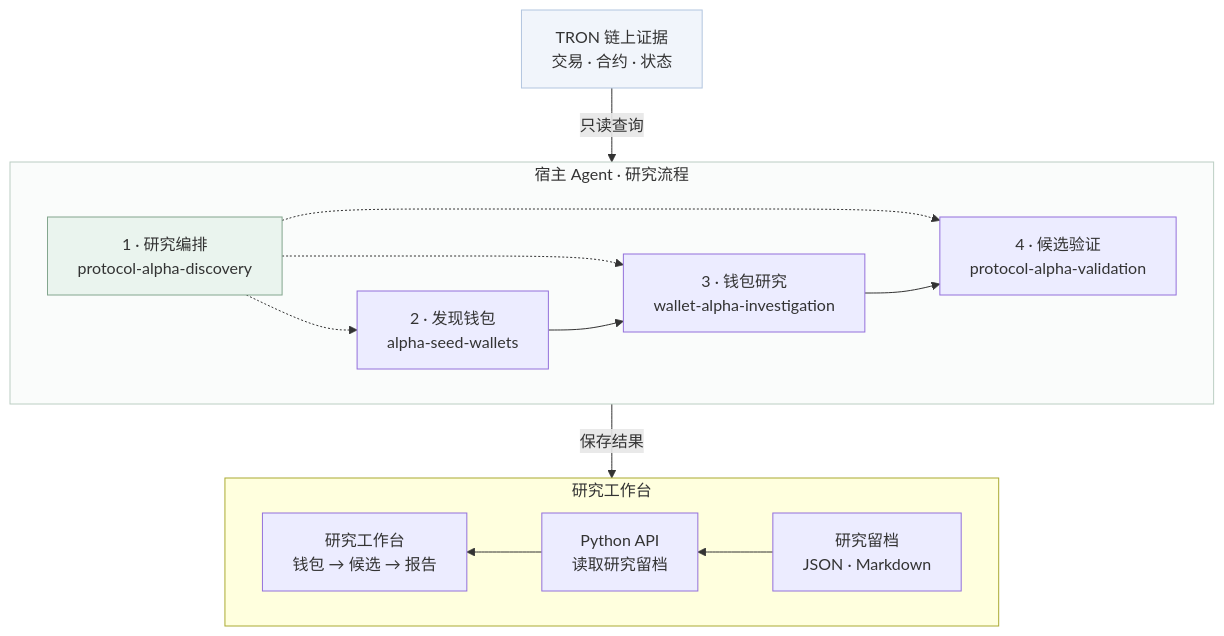
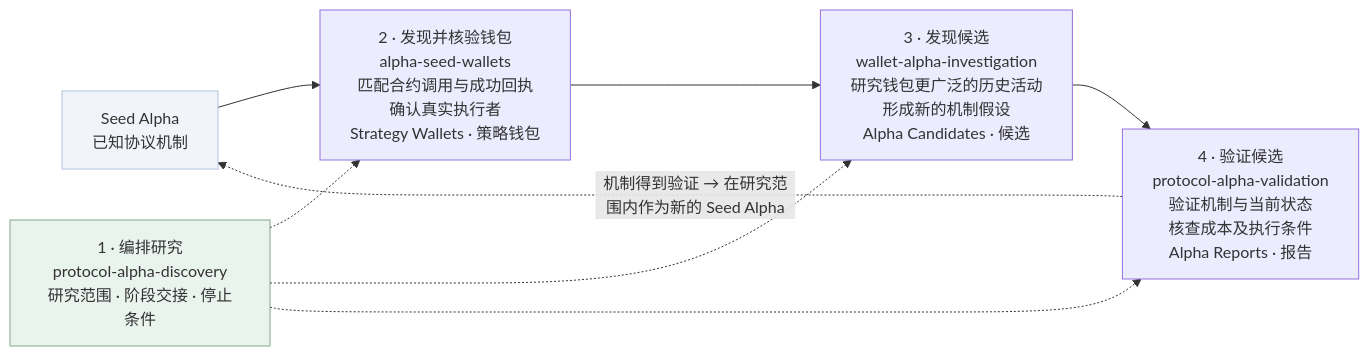
One commit to qinyh10300/protocol-alpha-finder changed the diagram in docs/diagrams/system-architecture-zh-CN.mmd. Above: the diagram before and after it, drawn with Mermaid. The commit also changed 8 other files, not shown here.

Commit message:
docs: focus architecture on Seed Alpha research method

```diff
--- a/docs/diagrams/system-architecture-zh-CN.mmd
+++ b/docs/diagrams/system-architecture-zh-CN.mmd
@@ -1,21 +1,14 @@
-%% Simplified architecture. The README illustration uses render_architecture.py for a fixed layout.
-flowchart TB
-    subgraph APPLICATION["研究工作台"]
-        direction RL
-        STORE["研究留档<br/>JSON · Markdown"] --> API["Python API<br/>读取研究留档"] --> UI["研究工作台<br/>钱包 → 候选 → 报告"]
-    end
-    subgraph AGENT["宿主 Agent · 研究流程"]
-        ORCH["1 · 研究编排<br/>protocol-alpha-discovery"]
-        FIND["2 · 发现钱包<br/>alpha-seed-wallets"]
-        INVESTIGATE["3 · 钱包研究<br/>wallet-alpha-investigation"]
-        VALIDATE["4 · 候选验证<br/>protocol-alpha-validation"]
-        ORCH -.-> FIND
-        ORCH -.-> INVESTIGATE
-        ORCH -.-> VALIDATE
-        FIND --> INVESTIGATE --> VALIDATE
-    end
-    AGENT -->|保存结果| STORE
-    EVIDENCE["TRON 链上证据<br/>交易 · 合约 · 状态"] -->|只读查询| AGENT
-    style AGENT fill:#fafcfb,stroke:#bbcec3
+%% Four-Skill method. render_architecture.py generates the fixed-layout README illustration.
+flowchart LR
+    SEED["Seed Alpha<br/>已知协议机制"]
+    ORCH["1 · 编排研究<br/>protocol-alpha-discovery<br/>研究范围 · 阶段交接 · 停止条件"]
+    FIND["2 · 发现并核验钱包<br/>alpha-seed-wallets<br/>匹配合约调用与成功回执<br/>确认真实执行者<br/>Strategy Wallets · 策略钱包"]
+    INVESTIGATE["3 · 发现候选<br/>wallet-alpha-investigation<br/>研究钱包更广泛的历史活动<br/>形成新的机制假设<br/>Alpha Candidates · 候选"]
+    VALIDATE["4 · 验证候选<br/>protocol-alpha-validation<br/>验证机制与当前状态<br/>核查成本及执行条件<br/>Alpha Reports · 报告"]
+    SEED --> FIND --> INVESTIGATE --> VALIDATE
+    ORCH -.-> FIND
+    ORCH -.-> INVESTIGATE
+    ORCH -.-> VALIDATE
+    VALIDATE -.->|机制得到验证 → 在研究范围内作为新的 Seed Alpha| SEED
     style ORCH fill:#eaf4ee,stroke:#83a68e
-    style EVIDENCE fill:#f1f5fb,stroke:#b2c5df
+    style SEED fill:#f1f5fb,stroke:#b2c5df
```
